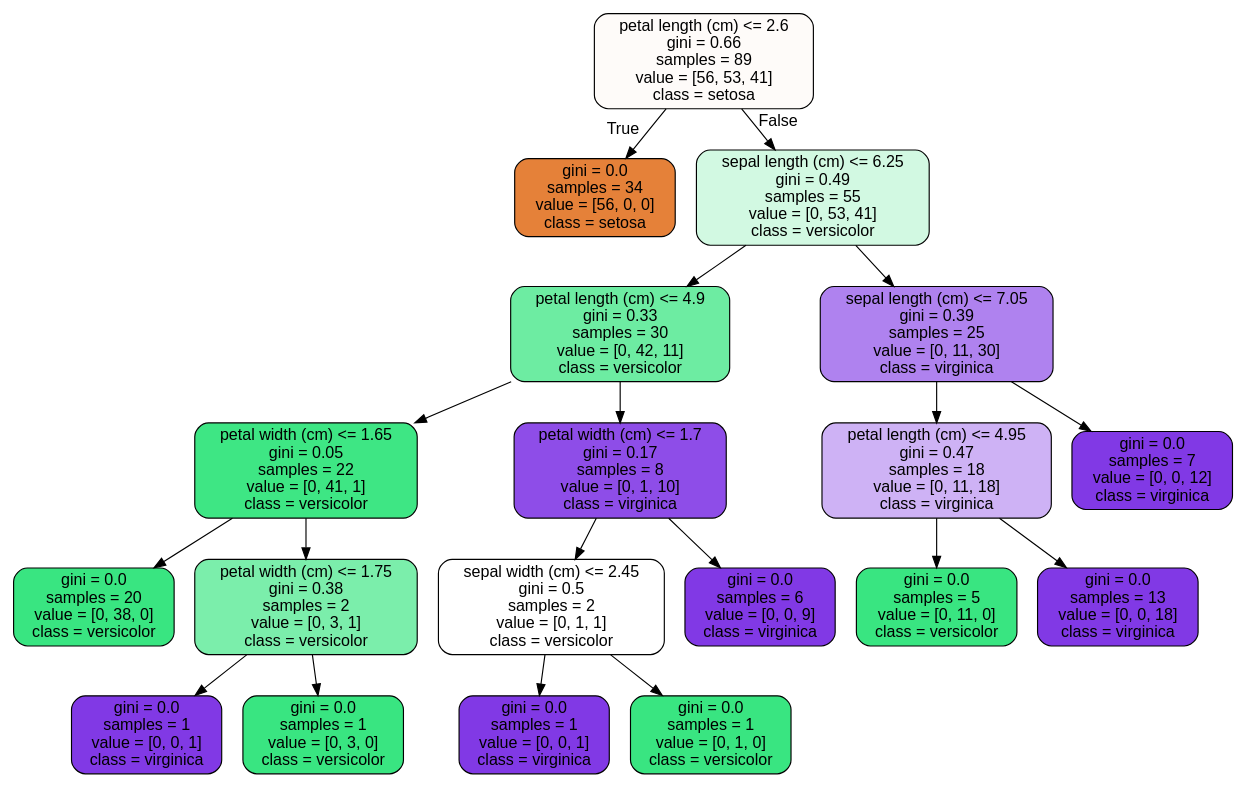
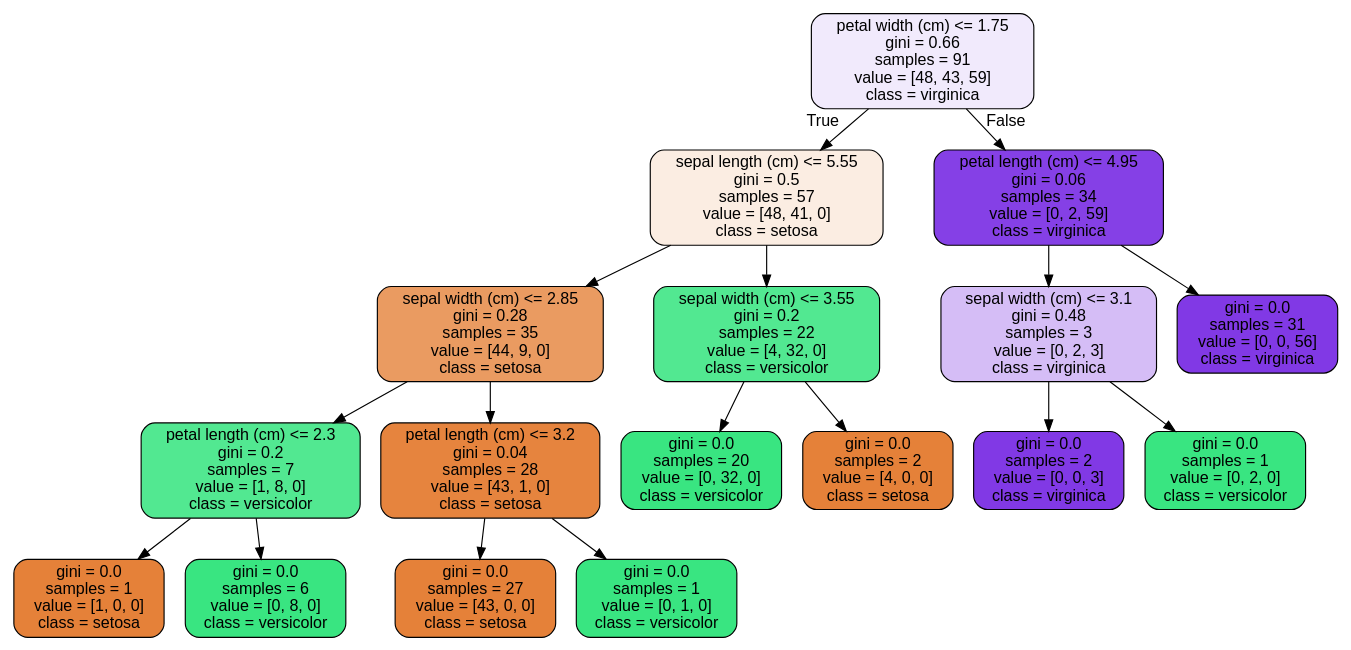
The diagram in u14_supervised_learning/Random Forest Covid Case Study/tree.dot (jonnross88/Springboard), drawn with Graphviz before and after one commit. The commit also changed 2 other files, not shown here.

```diff
--- a/u14_supervised_learning/Random Forest Covid Case Study/tree.dot
+++ b/u14_supervised_learning/Random Forest Covid Case Study/tree.dot
@@ -1,41 +1,37 @@
 digraph Tree {
 node [shape=box, style="filled, rounded", color="black", fontname="helvetica"] ;
 edge [fontname="helvetica"] ;
-0 [label="petal length (cm) <= 2.6\ngini = 0.66\nsamples = 89\nvalue = [56, 53, 41]\nclass = setosa", fillcolor="#fefbf9"] ;
-1 [label="gini = 0.0\nsamples = 34\nvalue = [56, 0, 0]\nclass = setosa", fillcolor="#e58139"] ;
+0 [label="petal width (cm) <= 1.75\ngini = 0.66\nsamples = 91\nvalue = [48, 43, 59]\nclass = virginica", fillcolor="#f1eafc"] ;
+1 [label="sepal length (cm) <= 5.55\ngini = 0.5\nsamples = 57\nvalue = [48, 41, 0]\nclass = setosa", fillcolor="#fbede2"] ;
 0 -> 1 [labeldistance=2.5, labelangle=45, headlabel="True"] ;
-2 [label="sepal length (cm) <= 6.25\ngini = 0.49\nsamples = 55\nvalue = [0, 53, 41]\nclass = versicolor", fillcolor="#d2f9e2"] ;
-0 -> 2 [labeldistance=2.5, labelangle=-45, headlabel="False"] ;
-3 [label="petal length (cm) <= 4.9\ngini = 0.33\nsamples = 30\nvalue = [0, 42, 11]\nclass = versicolor", fillcolor="#6deca2"] ;
+2 [label="sepal width (cm) <= 2.85\ngini = 0.28\nsamples = 35\nvalue = [44, 9, 0]\nclass = setosa", fillcolor="#ea9b61"] ;
+1 -> 2 ;
+3 [label="petal length (cm) <= 2.3\ngini = 0.2\nsamples = 7\nvalue = [1, 8, 0]\nclass = versicolor", fillcolor="#52e891"] ;
 2 -> 3 ;
-4 [label="petal width (cm) <= 1.65\ngini = 0.05\nsamples = 22\nvalue = [0, 41, 1]\nclass = versicolor", fillcolor="#3ee684"] ;
+4 [label="gini = 0.0\nsamples = 1\nvalue = [1, 0, 0]\nclass = setosa", fillcolor="#e58139"] ;
 3 -> 4 ;
-5 [label="gini = 0.0\nsamples = 20\nvalue = [0, 38, 0]\nclass = versicolor", fillcolor="#39e581"] ;
-4 -> 5 ;
-6 [label="petal width (cm) <= 1.75\ngini = 0.38\nsamples = 2\nvalue = [0, 3, 1]\nclass = versicolor", fillcolor="#7beeab"] ;
-4 -> 6 ;
-7 [label="gini = 0.0\nsamples = 1\nvalue = [0, 0, 1]\nclass = virginica", fillcolor="#8139e5"] ;
+5 [label="gini = 0.0\nsamples = 6\nvalue = [0, 8, 0]\nclass = versicolor", fillcolor="#39e581"] ;
+3 -> 5 ;
+6 [label="petal length (cm) <= 3.2\ngini = 0.04\nsamples = 28\nvalue = [43, 1, 0]\nclass = setosa", fillcolor="#e6843e"] ;
+2 -> 6 ;
+7 [label="gini = 0.0\nsamples = 27\nvalue = [43, 0, 0]\nclass = setosa", fillcolor="#e58139"] ;
 6 -> 7 ;
-8 [label="gini = 0.0\nsamples = 1\nvalue = [0, 3, 0]\nclass = versicolor", fillcolor="#39e581"] ;
+8 [label="gini = 0.0\nsamples = 1\nvalue = [0, 1, 0]\nclass = versicolor", fillcolor="#39e581"] ;
 6 -> 8 ;
-9 [label="petal width (cm) <= 1.7\ngini = 0.17\nsamples = 8\nvalue = [0, 1, 10]\nclass = virginica", fillcolor="#8e4de8"] ;
-3 -> 9 ;
-10 [label="sepal width (cm) <= 2.45\ngini = 0.5\nsamples = 2\nvalue = [0, 1, 1]\nclass = versicolor", fillcolor="#ffffff"] ;
+9 [label="sepal width (cm) <= 3.55\ngini = 0.2\nsamples = 22\nvalue = [4, 32, 0]\nclass = versicolor", fillcolor="#52e891"] ;
+1 -> 9 ;
+10 [label="gini = 0.0\nsamples = 20\nvalue = [0, 32, 0]\nclass = versicolor", fillcolor="#39e581"] ;
 9 -> 10 ;
-11 [label="gini = 0.0\nsamples = 1\nvalue = [0, 0, 1]\nclass = virginica", fillcolor="#8139e5"] ;
-10 -> 11 ;
-12 [label="gini = 0.0\nsamples = 1\nvalue = [0, 1, 0]\nclass = versicolor", fillcolor="#39e581"] ;
-10 -> 12 ;
-13 [label="gini = 0.0\nsamples = 6\nvalue = [0, 0, 9]\nclass = virginica", fillcolor="#8139e5"] ;
-9 -> 13 ;
-14 [label="sepal length (cm) <= 7.05\ngini = 0.39\nsamples = 25\nvalue = [0, 11, 30]\nclass = virginica", fillcolor="#af82ef"] ;
-2 -> 14 ;
-15 [label="petal length (cm) <= 4.95\ngini = 0.47\nsamples = 18\nvalue = [0, 11, 18]\nclass = virginica", fillcolor="#ceb2f5"] ;
-14 -> 15 ;
-16 [label="gini = 0.0\nsamples = 5\nvalue = [0, 11, 0]\nclass = versicolor", fillcolor="#39e581"] ;
-15 -> 16 ;
-17 [label="gini = 0.0\nsamples = 13\nvalue = [0, 0, 18]\nclass = virginica", fillcolor="#8139e5"] ;
-15 -> 17 ;
-18 [label="gini = 0.0\nsamples = 7\nvalue = [0, 0, 12]\nclass = virginica", fillcolor="#8139e5"] ;
-14 -> 18 ;
+11 [label="gini = 0.0\nsamples = 2\nvalue = [4, 0, 0]\nclass = setosa", fillcolor="#e58139"] ;
+9 -> 11 ;
+12 [label="petal length (cm) <= 4.95\ngini = 0.06\nsamples = 34\nvalue = [0, 2, 59]\nclass = virginica", fillcolor="#8540e6"] ;
+0 -> 12 [labeldistance=2.5, labelangle=-45, headlabel="False"] ;
+13 [label="sepal width (cm) <= 3.1\ngini = 0.48\nsamples = 3\nvalue = [0, 2, 3]\nclass = virginica", fillcolor="#d5bdf6"] ;
+12 -> 13 ;
+14 [label="gini = 0.0\nsamples = 2\nvalue = [0, 0, 3]\nclass = virginica", fillcolor="#8139e5"] ;
+13 -> 14 ;
+15 [label="gini = 0.0\nsamples = 1\nvalue = [0, 2, 0]\nclass = versicolor", fillcolor="#39e581"] ;
+13 -> 15 ;
+16 [label="gini = 0.0\nsamples = 31\nvalue = [0, 0, 56]\nclass = virginica", fillcolor="#8139e5"] ;
+12 -> 16 ;
 }
```
